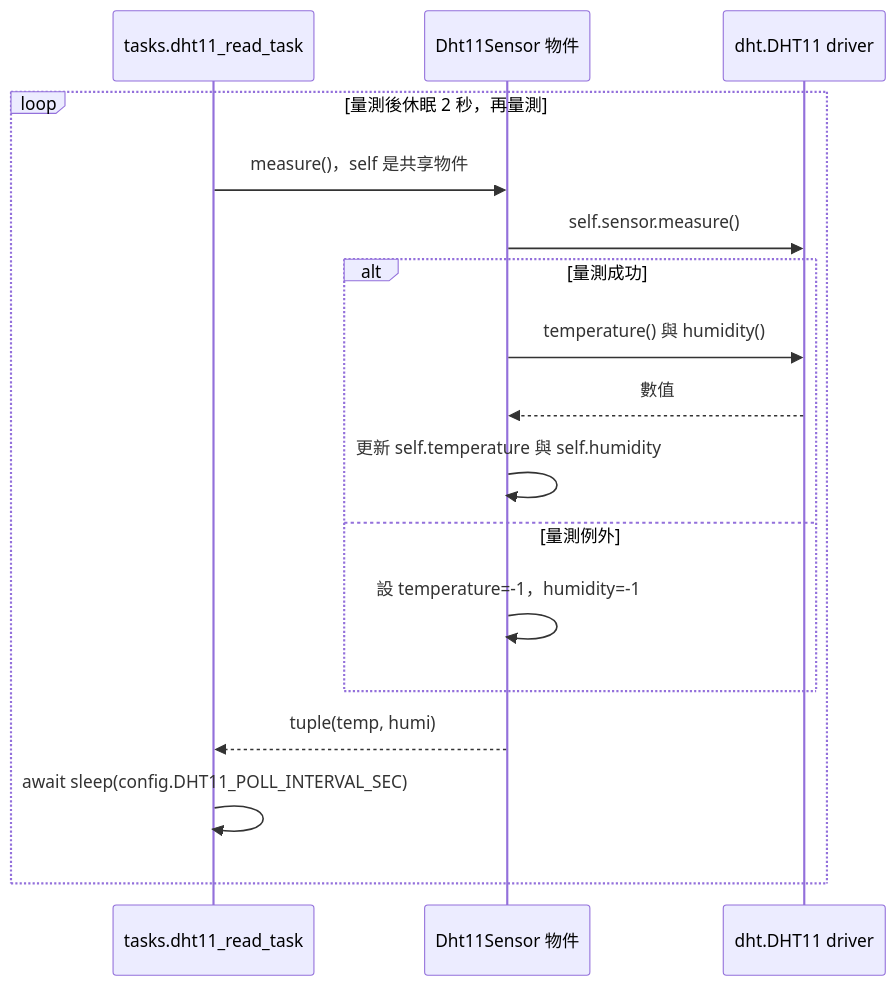
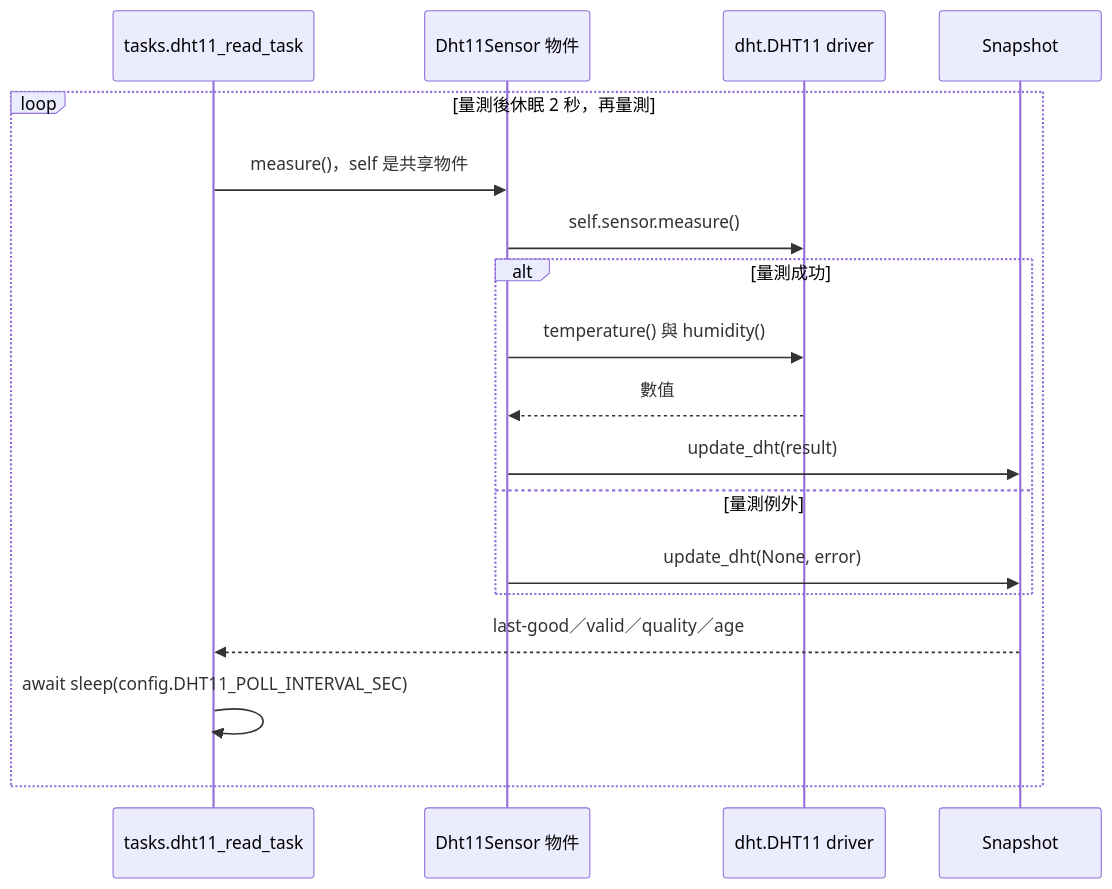
The fifth of 12 diagrams in WEB_UI_EXECUTION_GUIDE.md (change918418-tech/IoT_Course), drawn with Mermaid before and after one commit. The commit also changed other lines of this file and 25 other files, not shown here.

````diff
--- a/WEB_UI_EXECUTION_GUIDE.md
+++ b/WEB_UI_EXECUTION_GUIDE.md
@@ -345,19 +338,19 @@
 ```mermaid
 sequenceDiagram
     participant Task as tasks.dht11_read_task
     participant Obj as Dht11Sensor 物件
     participant Driver as dht.DHT11 driver
     loop 量測後休眠 2 秒，再量測
         Task->>Obj: measure()，self 是共享物件
         Obj->>Driver: self.sensor.measure()
         alt 量測成功
             Obj->>Driver: temperature() 與 humidity()
             Driver-->>Obj: 數值
-            Obj->>Obj: 更新 self.temperature 與 self.humidity
+            Obj->>Snapshot: update_dht(result)
         else 量測例外
-            Obj->>Obj: 設 temperature=-1，humidity=-1
+            Obj->>Snapshot: update_dht(None, error)
         end
-        Obj-->>Task: tuple(temp, humi)
+        Snapshot-->>Task: last-good／valid／quality／age
         Task->>Task: await sleep(config.DHT11_POLL_INTERVAL_SEC)
     end
 ```
````
